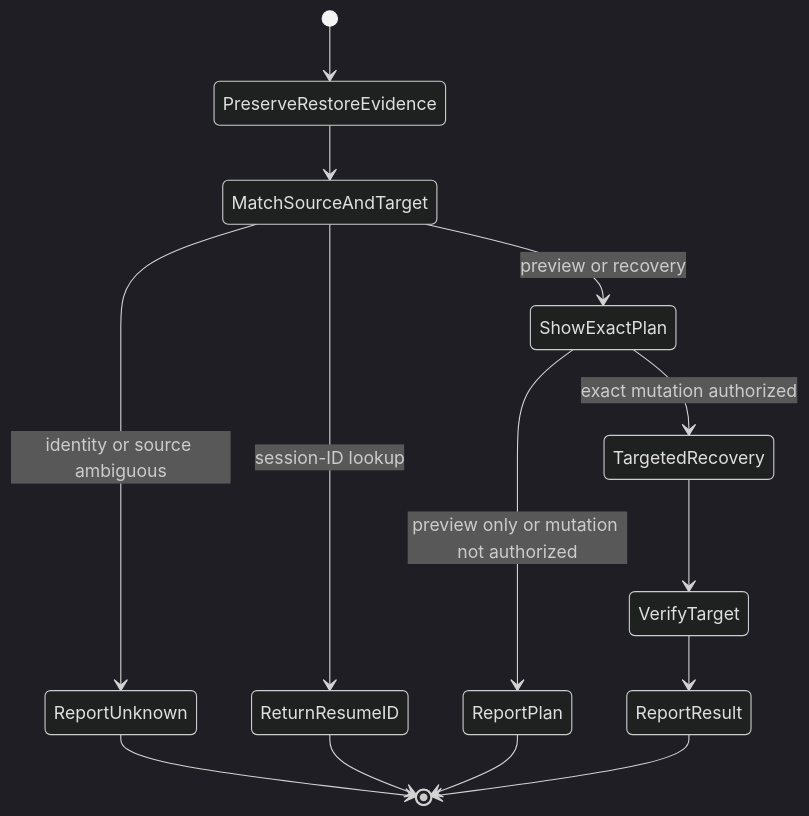
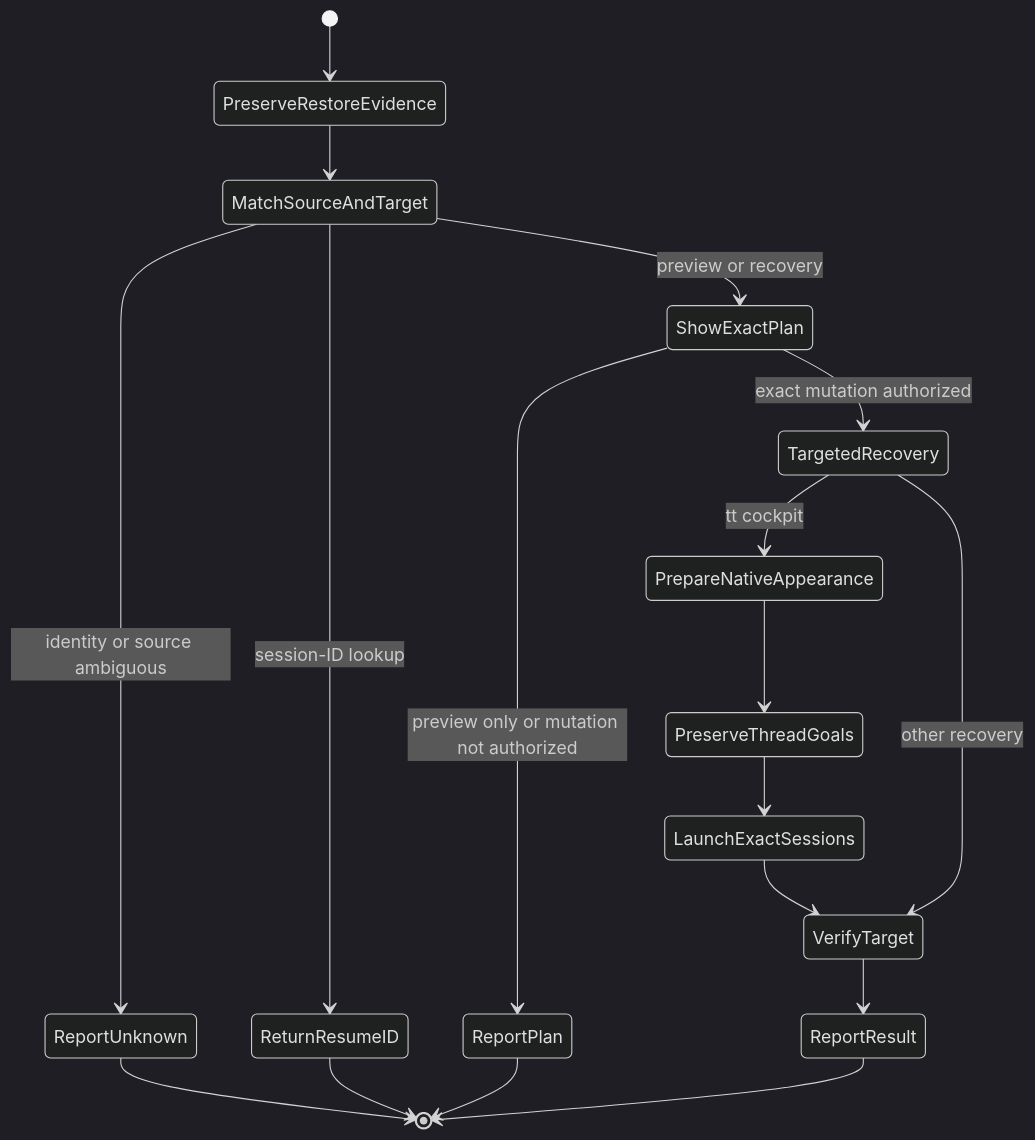
The diagram in skills/codex-session-recovery/SKILL.md (vincentkoc/dotskills), drawn with Mermaid (dark theme) before and after one commit. The commit also changed other lines of this file and 1 other file, not shown here.

Commit message:
fix(recovery): preserve and verify complete cockpit colors (#76)
* docs(recovery): preserve native cockpit appearance and sizing

* fix(recovery): preserve goals during cockpit restoration

* fix(recovery): verify complete pane marker restoration

````diff
--- a/skills/codex-session-recovery/SKILL.md
+++ b/skills/codex-session-recovery/SKILL.md
@@ -63,16 +69,20 @@
 ```mermaid
 stateDiagram-v2
     [*] --> PreserveRestoreEvidence
     PreserveRestoreEvidence --> MatchSourceAndTarget
     MatchSourceAndTarget --> ReportUnknown: identity or source ambiguous
     MatchSourceAndTarget --> ReturnResumeID: session-ID lookup
     MatchSourceAndTarget --> ShowExactPlan: preview or recovery
     ShowExactPlan --> ReportPlan: preview only or mutation not authorized
     ShowExactPlan --> TargetedRecovery: exact mutation authorized
-    TargetedRecovery --> VerifyTarget
+    TargetedRecovery --> PrepareNativeAppearance: tt cockpit
+    PrepareNativeAppearance --> PreserveThreadGoals
+    PreserveThreadGoals --> LaunchExactSessions
+    LaunchExactSessions --> VerifyTarget
+    TargetedRecovery --> VerifyTarget: other recovery
     VerifyTarget --> ReportResult
     ReportUnknown --> [*]
     ReturnResumeID --> [*]
     ReportPlan --> [*]
     ReportResult --> [*]
 ```
````
